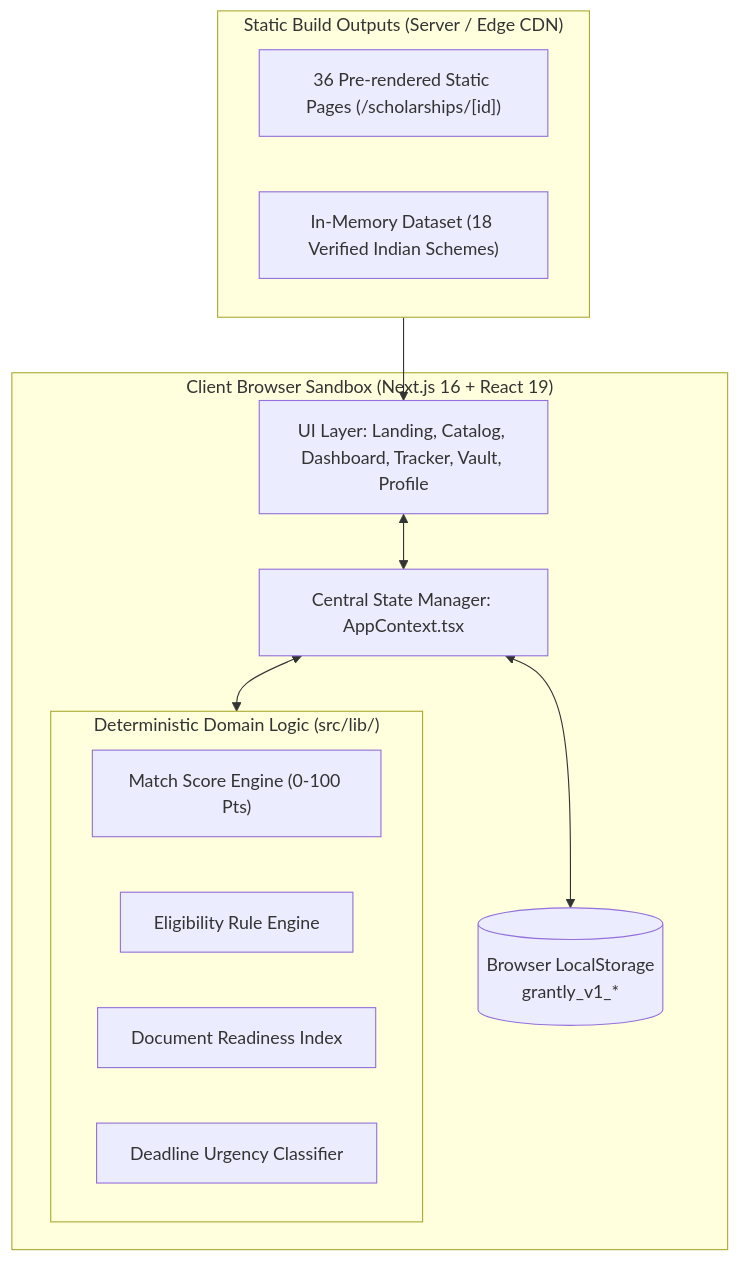
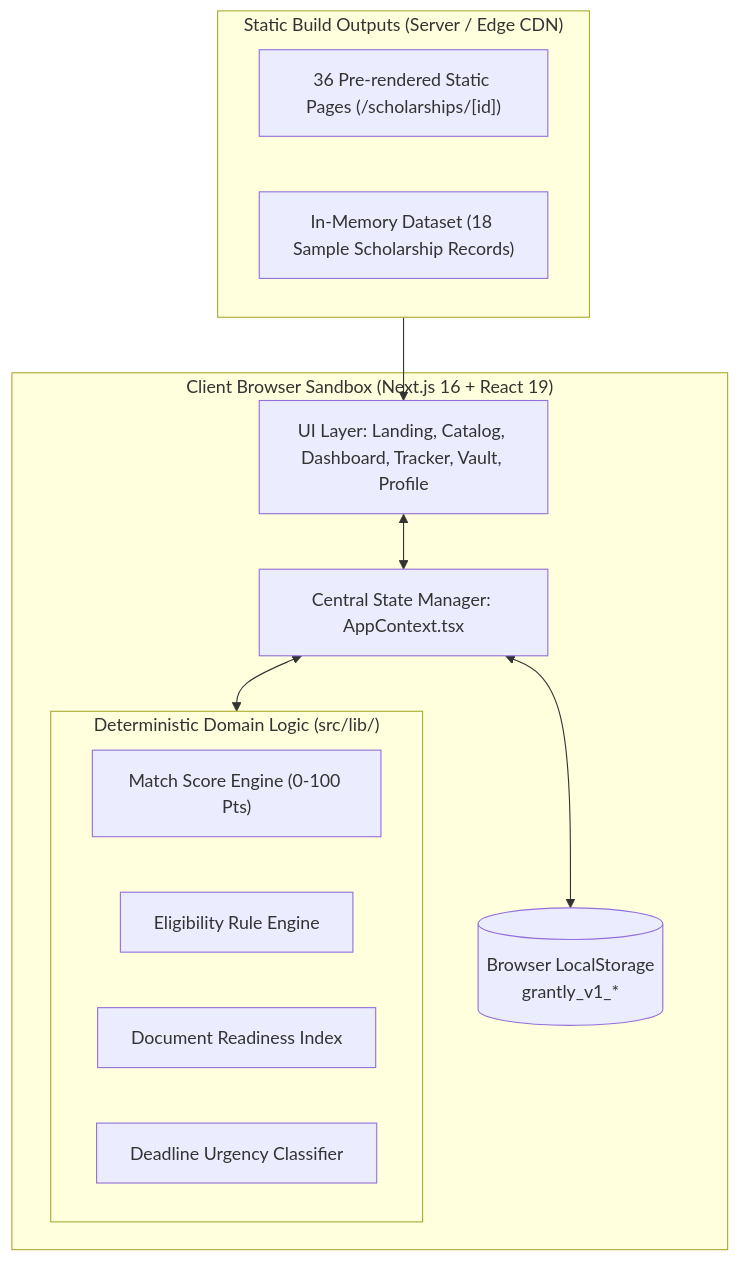
Before and after one commit to ValayaDase/Grantly: the first of 2 diagrams in README.md, drawn with Mermaid. The commit also changed other lines of this file and 48 other files, not shown here.

````diff
--- a/README.md
+++ b/README.md
@@ -120,26 +123,26 @@
 ```mermaid
 graph TD
     subgraph BrowserClient ["Client Browser Sandbox (Next.js 16 + React 19)"]
         UI["UI Layer: Landing, Catalog, Dashboard, Tracker, Vault, Profile"]
         Context["Central State Manager: AppContext.tsx"]
         
         subgraph DomainEngines ["Deterministic Domain Logic (src/lib/)"]
             Match["Match Score Engine (0-100 Pts)"]
             Elig["Eligibility Rule Engine"]
             Ready["Document Readiness Index"]
             Deadline["Deadline Urgency Classifier"]
         end
 
         LocalStorage[("Browser LocalStorage\ngrantly_v1_*")]
     end
 
     subgraph StaticAssets ["Static Build Outputs (Server / Edge CDN)"]
         StaticHTML["36 Pre-rendered Static Pages (/scholarships/[id])"]
-        Dataset["In-Memory Dataset (18 Verified Indian Schemes)"]
+        Dataset["In-Memory Dataset (18 Sample Scholarship Records)"]
     end
 
     UI <--> Context
     Context <--> DomainEngines
     Context <--> LocalStorage
     StaticAssets --> UI
 ```
````
